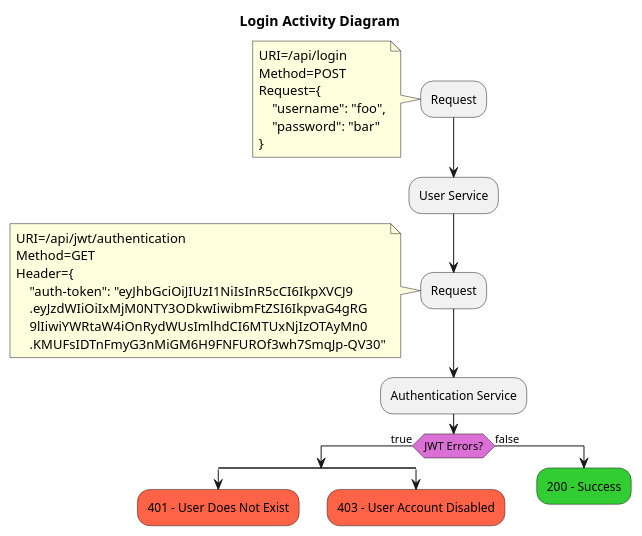
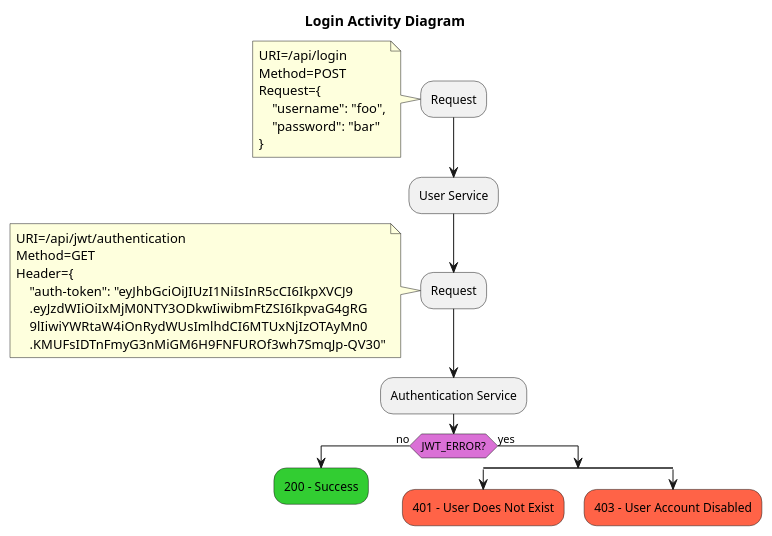
Before and after one commit to darrylmorton/ct-iot-user-service-k8s: the diagram in docs/diagrams/routes/Login_Activity_Diagram.puml, drawn with PlantUML. The commit also changed 3 other files, not shown here.

Commit message:
docs: updated diagrams

```diff
--- a/docs/diagrams/routes/Login_Activity_Diagram.puml
+++ b/docs/diagrams/routes/Login_Activity_Diagram.puml
@@ -1,46 +1,45 @@
 @startuml
 'https://plantuml.com/activity-diagram-beta
 
 title Login Activity Diagram
 
 :Request;
 note
 URI=/api/login
 Method=POST
 Request={
     "username": "foo",
     "password": "bar"
 }
 end note
 
 :User Service;
 
 :Request;
 note
 URI=/api/jwt/authentication
 Method=GET
 Header={
     "auth-token": "eyJhbGciOiJIUzI1NiIsInR5cCI6IkpXVCJ9
     .eyJzdWIiOiIxMjM0NTY3ODkwIiwibmFtZSI6IkpvaG4gRG
     9lIiwiYWRtaW4iOnRydWUsImlhdCI6MTUxNjIzOTAyMn0
     .KMUFsIDTnFmyG3nMiGM6H9FNFUROf3wh7SmqJp-QV30"
 end note
 
 :Authentication Service;
 
 skinparam ActivityDiamondBackgroundColor orchid
-if (JWT Errors?) then (true)
+if (JWT_ERROR?) then (no)
+    #limegreen:200 - Success;
+    kill;
+else (yes)
     split
         #tomato:401 - User Does Not Exist;
         kill;
     split again;
         #tomato:403 - User Account Disabled;
         kill;
     end split
-    kill;
-else (false)
-    #limegreen:200 - Success;
-    kill;
 endif
 
 @enduml
```
